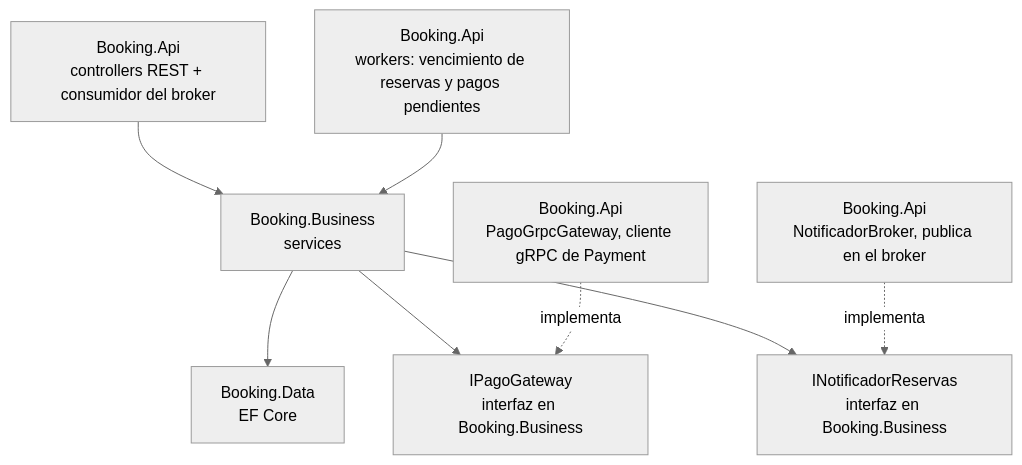
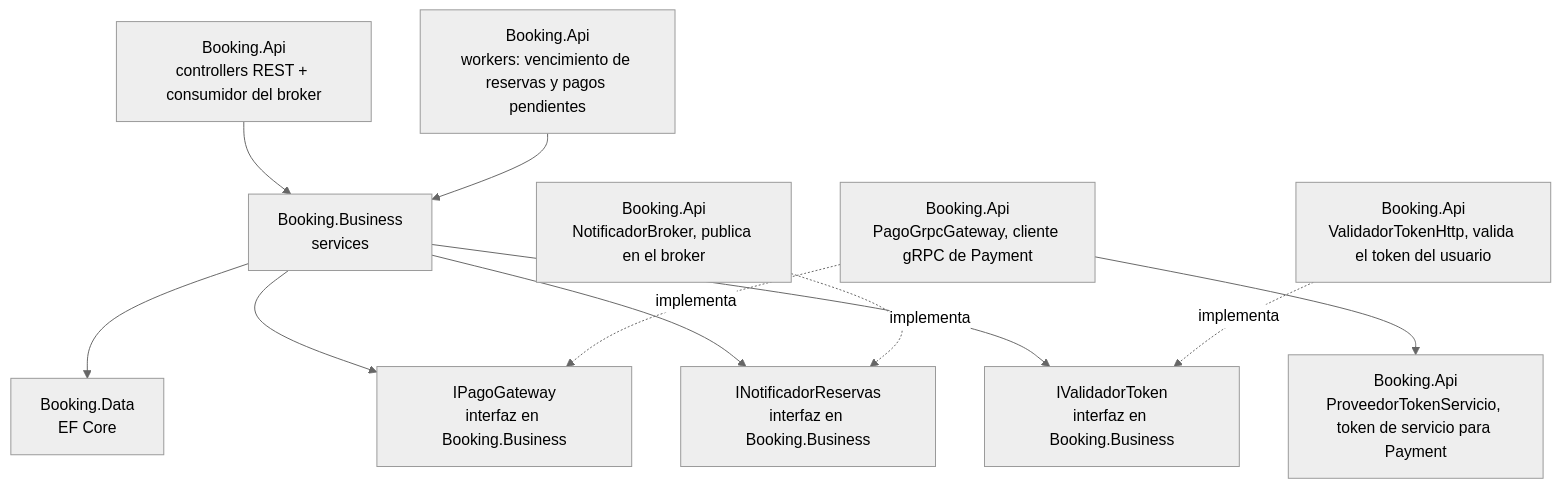
One commit to mhuyema/tpProgra4_ changed the third of 7 diagrams in README.md. Above: the diagram before and after it, drawn with Mermaid (neutral theme). The commit also changed other lines of this file and 2 other files, not shown here.

Commit message:
README actualizado, mailpit en el compose y notifications valida contra el authorization del compose

````diff
--- a/README.md
+++ b/README.md
@@ -111,10 +113,13 @@
 ```mermaid
 flowchart TB
     A[Booking.Api<br/>controllers REST + consumidor del broker] --> S[Booking.Business<br/>services]
     W[Booking.Api<br/>workers: vencimiento de reservas y pagos pendientes] --> S
     S --> D[Booking.Data<br/>EF Core]
     S --> I[IPagoGateway<br/>interfaz en Booking.Business]
     G[Booking.Api<br/>PagoGrpcGateway, cliente gRPC de Payment] -. implementa .-> I
     S --> N[INotificadorReservas<br/>interfaz en Booking.Business]
     NB[Booking.Api<br/>NotificadorBroker, publica en el broker] -. implementa .-> N
+    S --> V[IValidadorToken<br/>interfaz en Booking.Business]
+    VH[Booking.Api<br/>ValidadorTokenHttp, valida el token del usuario] -. implementa .-> V
+    G --> T[Booking.Api<br/>ProveedorTokenServicio, token de servicio para Payment]
 ```
````
